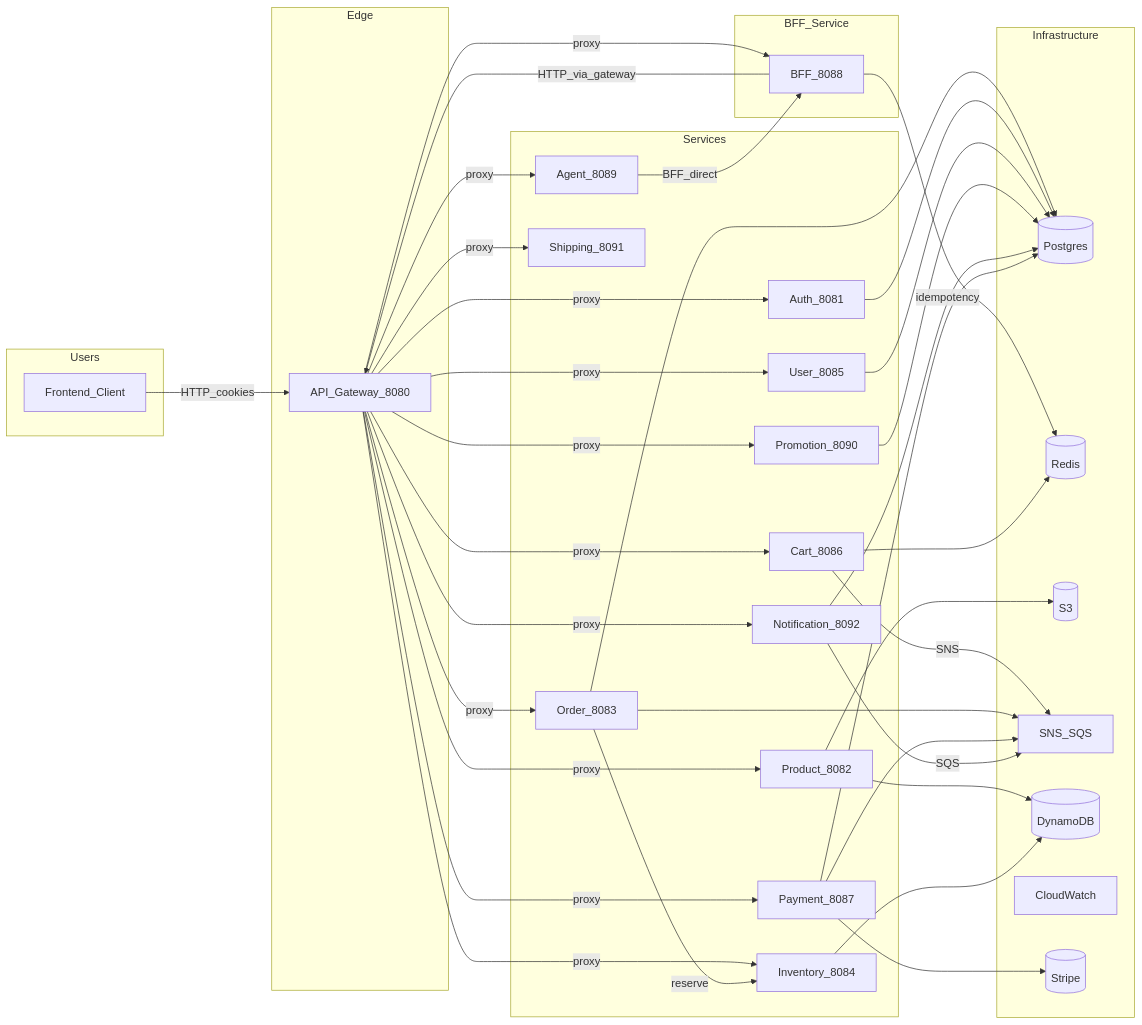
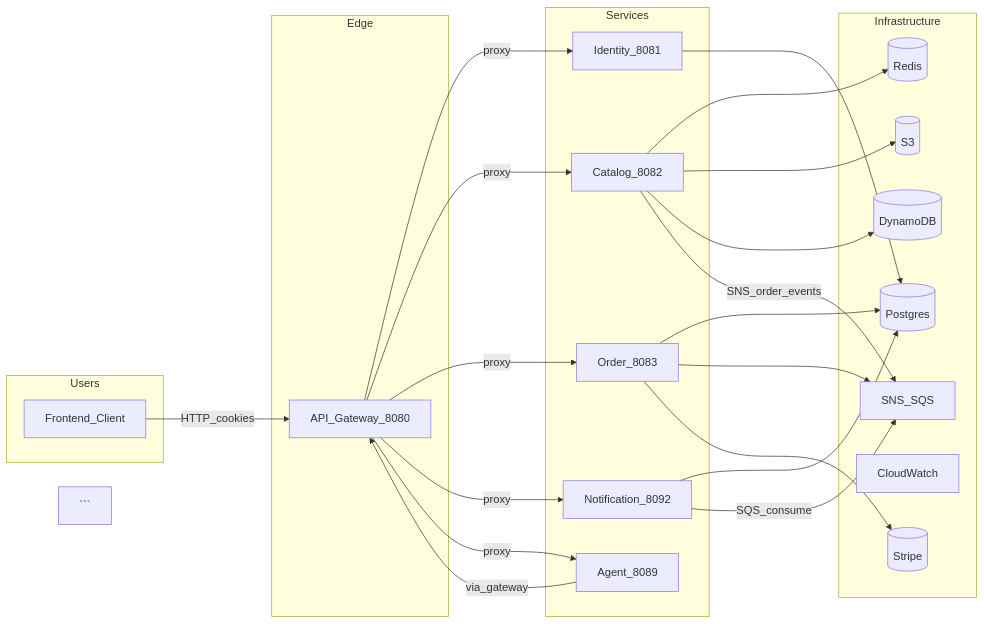
Before and after one commit to yashrajoria/E-Commerce-backend: the diagram in backend/docs/architecture.mmd, drawn with Mermaid. The commit also changed 32 other files, not shown here.

First line of the commit message:
consolidation: wire 5-service topology across compose, gateway, CI, docs

````diff
--- a/backend/docs/architecture.mmd
+++ b/backend/docs/architecture.mmd
@@ -1,73 +1,49 @@
 flowchart LR
   subgraph Users
     U[Frontend_Client]
   end
 
   subgraph Edge
     API[API_Gateway_8080]
   end
 
-  subgraph BFF_Service
-    BFF[BFF_8088]
-  end
-
   subgraph Services
-    AUTH[Auth_8081]
-    USER[User_8085]
-    PROD[Product_8082]
-    CART[Cart_8086]
+    IDENT[Identity_8081]
+    CATALOG[Catalog_8082]
     ORDER[Order_8083]
-    PAYMENT[Payment_8087]
-    INVENT[Inventory_8084]
-    PROMO[Promotion_8090]
-    SHIP[Shipping_8091]
     NOTIF[Notification_8092]
     AGENT[Agent_8089]
   end
 
   subgraph Infrastructure
     PG[(Postgres)]
     REDIS[(Redis)]
     S3[(S3)]
     SNS_SQS[SNS_SQS]
     DDB[(DynamoDB)]
     CW[CloudWatch]
     STRIPE[(Stripe)]
   end
 
   U -->|HTTP_cookies| API
-  API -->|proxy| BFF
-  API -->|proxy| AUTH
-  API -->|proxy| USER
-  API -->|proxy| PROD
-  API -->|proxy| CART
+  API -->|proxy| IDENT
+  API -->|proxy| CATALOG
   API -->|proxy| ORDER
-  API -->|proxy| PAYMENT
-  API -->|proxy| INVENT
-  API -->|proxy| PROMO
-  API -->|proxy| SHIP
   API -->|proxy| NOTIF
   API -->|proxy| AGENT
 
-  BFF -->|HTTP_via_gateway| API
-  BFF -->|idempotency| REDIS
+  CATALOG --> REDIS
+  ORDER --> PG
+  IDENT --> PG
+  NOTIF --> PG
 
-  CART --> REDIS
-  ORDER --> PG
-  AUTH --> PG
-  USER --> PG
-  PROMO --> PG
-  NOTIF --> PG
-  PAYMENT --> PG
+  CATALOG --> S3
+  CATALOG --> DDB
 
-  PROD --> S3
-  PROD --> DDB
-  INVENT --> DDB
+  CATALOG -->|SNS_order_events| SNS_SQS
+  ORDER --> SNS_SQS
+  ORDER --> STRIPE
+  NOTIF -->|SQS_consume| SNS_SQS
 
-  CART -->|SNS| SNS_SQS
-  ORDER --> SNS_SQS
-  PAYMENT --> SNS_SQS
-  PAYMENT --> STRIPE
-  NOTIF -->|SQS| SNS_SQS
-  ORDER -->|reserve| INVENT
-  AGENT -->|BFF_direct| BFF
+  AGENT -->|via_gateway| API
+```
````
